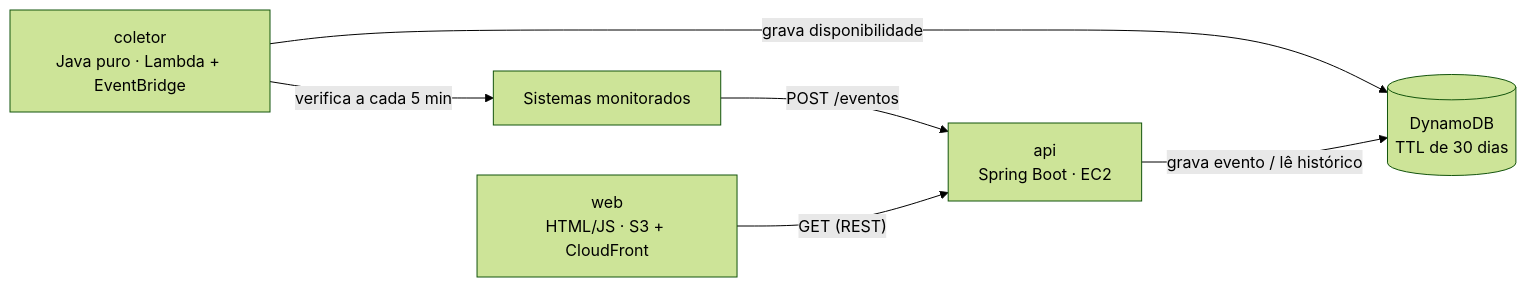
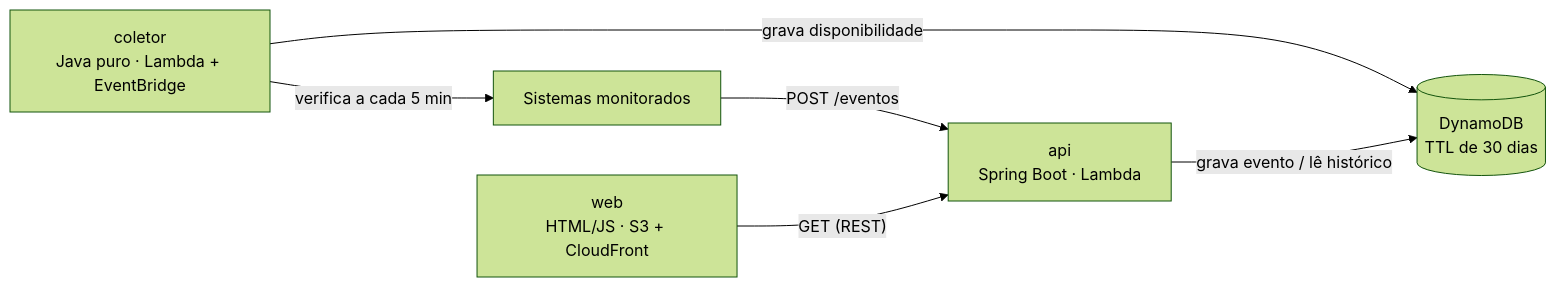
One commit to gualmeidap/sentinela changed the diagram in README.md. Above: the diagram before and after it, drawn with Mermaid (forest theme). The commit also changed other lines of this file and 5 other files, not shown here.

````diff
--- a/README.md
+++ b/README.md
@@ -47,14 +47,14 @@
 ```mermaid
 flowchart LR
     S["Sistemas monitorados"]
     C["coletor<br/>Java puro · Lambda + EventBridge"]
-    A["api<br/>Spring Boot · EC2"]
+    A["api<br/>Spring Boot · Lambda"]
     DB[("DynamoDB<br/>TTL de 30 dias")]
     W["web<br/>HTML/JS · S3 + CloudFront"]
 
     C -->|"verifica a cada 5 min"| S
     C -->|"grava disponibilidade"| DB
     S -->|"POST /eventos"| A
     A -->|"grava evento / lê histórico"| DB
     W -->|"GET (REST)"| A
 ```
````
